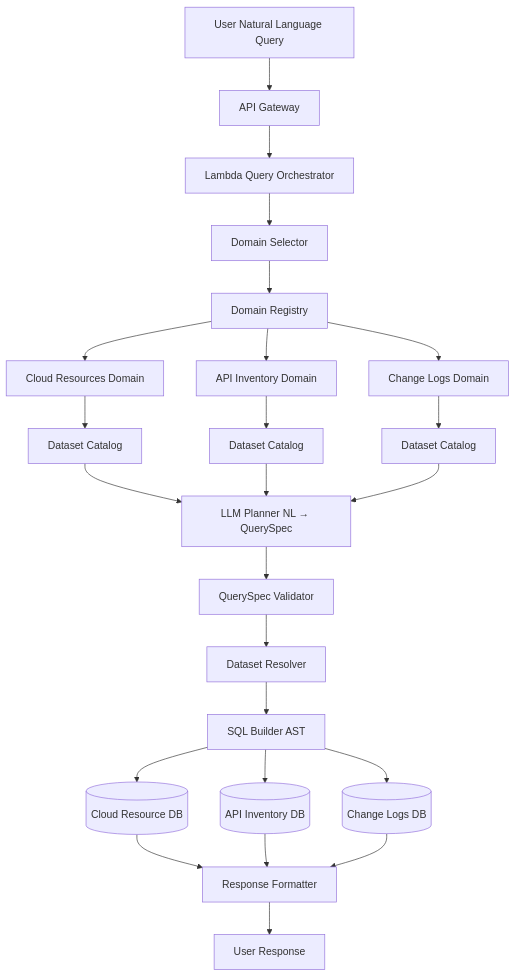
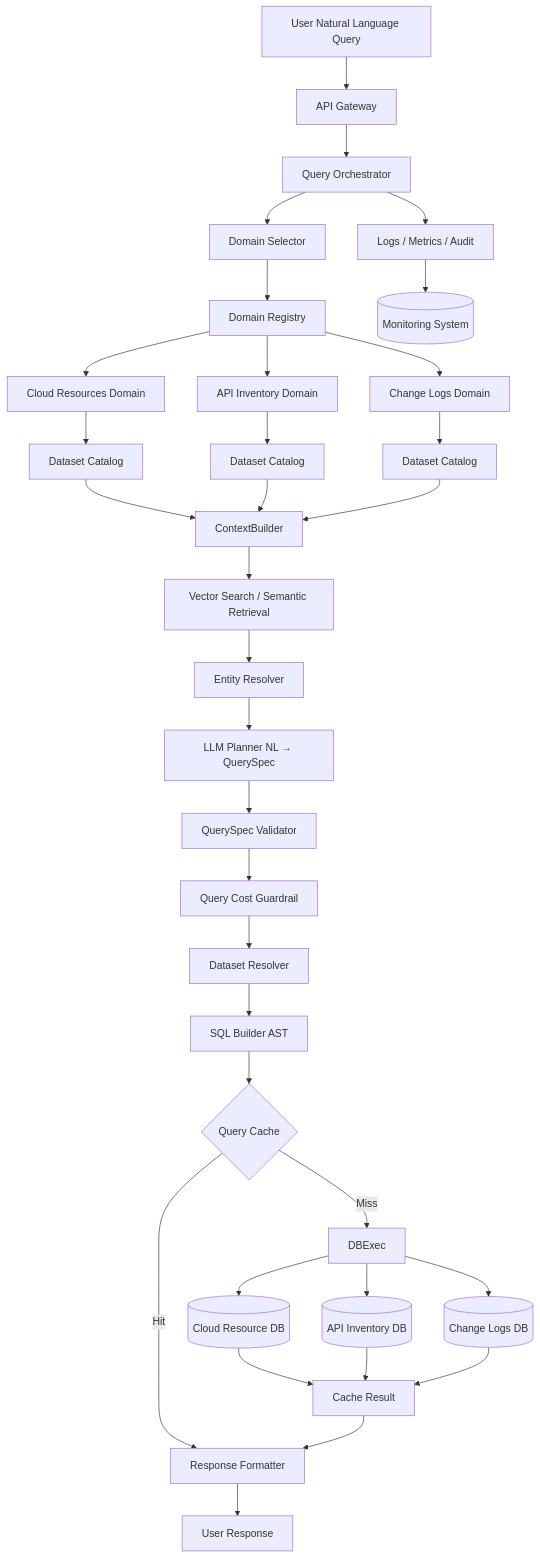
One commit to jarviszjyao/study changed the diagram in cloud-resource-ai/docs/phase2/system-architecture.mmd. Above: the diagram before and after it, drawn with Mermaid.

Commit message:
Refactor system architecture flowchart for clarity

```diff
--- a/cloud-resource-ai/docs/phase2/system-architecture.mmd
+++ b/cloud-resource-ai/docs/phase2/system-architecture.mmd
@@ -1,50 +1,62 @@
 flowchart TD
 
 User[User Natural Language Query]
 
-User
-    --> APIGW[API Gateway]
+User --> APIGW[API Gateway]
 
-APIGW
-    --> Orchestrator[Lambda Query Orchestrator]
+APIGW --> Orchestrator[Query Orchestrator]
 
-Orchestrator
-    --> DomainSelector[Domain Selector]
+Orchestrator --> DomainSelector[Domain Selector]
 
-DomainSelector
-    --> DomainRegistry[Domain Registry]
+DomainSelector --> DomainRegistry[Domain Registry]
 
-DomainRegistry
-    --> CloudDomain[Cloud Resources Domain]
-DomainRegistry
-    --> ApiDomain[API Inventory Domain]
-DomainRegistry
-    --> ChangeDomain[Change Logs Domain]
+DomainRegistry --> CloudDomain[Cloud Resources Domain]
+DomainRegistry --> ApiDomain[API Inventory Domain]
+DomainRegistry --> ChangeDomain[Change Logs Domain]
 
-CloudDomain --> CloudCatalog[Dataset Catalog]
-ApiDomain --> ApiCatalog[Dataset Catalog]
-ChangeDomain --> ChangeCatalog[Dataset Catalog]
+CloudDomain --> Catalog1[Dataset Catalog]
+ApiDomain --> Catalog2[Dataset Catalog]
+ChangeDomain --> Catalog3[Dataset Catalog]
 
-CloudCatalog --> Planner
-ApiCatalog --> Planner
-ChangeCatalog --> Planner
+Catalog1 --> ContextBuilder
+Catalog2 --> ContextBuilder
+Catalog3 --> ContextBuilder
+
+ContextBuilder --> VectorSearch[Vector Search / Semantic Retrieval]
+
+VectorSearch --> EntityResolver[Entity Resolver]
+
+EntityResolver --> Planner
 
 Planner[LLM Planner NL → QuerySpec]
 
 Planner --> Validator[QuerySpec Validator]
 
-Validator --> Resolver[Dataset Resolver]
+Validator --> CostGuard[Query Cost Guardrail]
+
+CostGuard --> Resolver[Dataset Resolver]
 
 Resolver --> SQLBuilder[SQL Builder AST]
 
-SQLBuilder --> CloudDB[(Cloud Resource DB)]
-SQLBuilder --> ApiDB[(API Inventory DB)]
-SQLBuilder --> ChangeDB[(Change Logs DB)]
+SQLBuilder --> CacheCheck{Query Cache}
 
-CloudDB --> Formatter
-ApiDB --> Formatter
-ChangeDB --> Formatter
+CacheCheck -->|Hit| Formatter
+CacheCheck -->|Miss| DBExec
+
+DBExec --> CloudDB[(Cloud Resource DB)]
+DBExec --> ApiDB[(API Inventory DB)]
+DBExec --> ChangeDB[(Change Logs DB)]
+
+CloudDB --> CacheStore[Cache Result]
+ApiDB --> CacheStore
+ChangeDB --> CacheStore
+
+CacheStore --> Formatter
 
 Formatter[Response Formatter]
 
 Formatter --> Response[User Response]
+
+Orchestrator --> Observability[Logs / Metrics / Audit]
+
+Observability --> Monitoring[(Monitoring System)]
```
